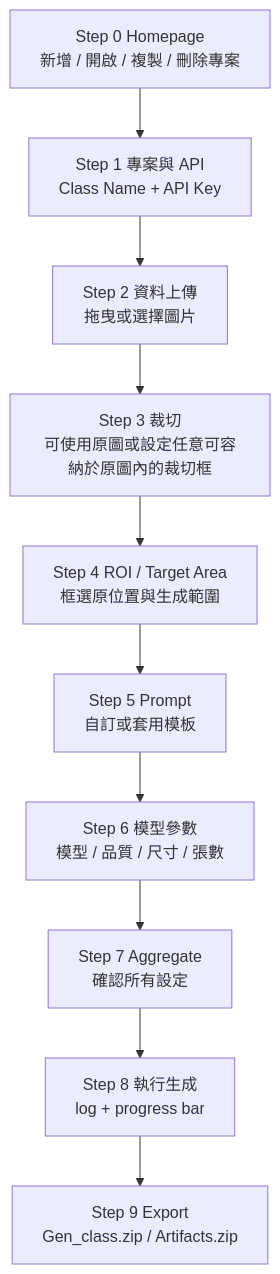
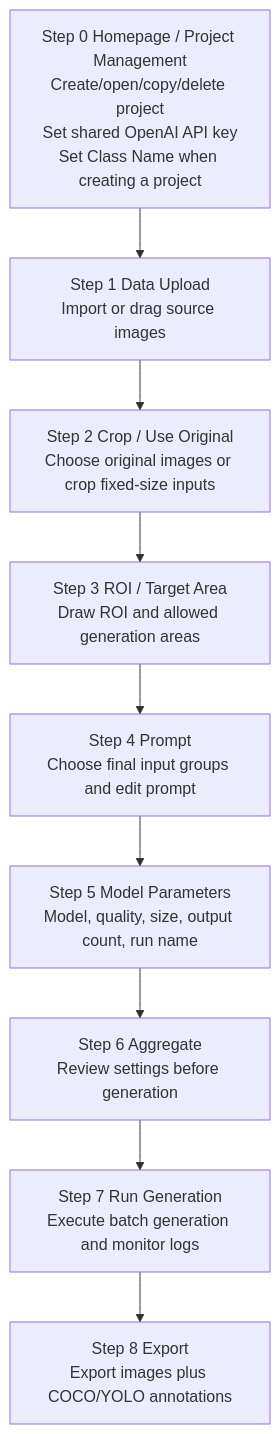
The diagram in README.md (tku411770448/GPT-GenImage-UI-Defect), drawn with Mermaid before and after one commit. The commit also changed other lines of this file and 2 other files, not shown here.

````diff
--- a/README.md
+++ b/README.md
@@ -53,12 +66,14 @@
 ```mermaid
 flowchart TD
-    A[Step 0 Homepage\n新增 / 開啟 / 複製 / 刪除專案] --> B[Step 1 專案與 API\nClass Name + API Key]
-    B --> C[Step 2 資料上傳\n拖曳或選擇圖片]
-    C --> D[Step 3 裁切\n可使用原圖或設定任意可容納於原圖內的裁切框]
-    D --> E[Step 4 ROI / Target Area\n框選原位置與生成範圍]
-    E --> F[Step 5 Prompt\n自訂或套用模板]
-    F --> G[Step 6 模型參數\n模型 / 品質 / 尺寸 / 張數]
-    G --> H[Step 7 Aggregate\n確認所有設定]
-    H --> I[Step 8 執行生成\nlog + progress bar]
-    I --> J[Step 9 Export\nGen_class.zip / Artifacts.zip]
+    A[Step 0 Homepage / Project Management\nCreate/open/copy/delete project\nSet shared OpenAI API key\nSet Class Name when creating a project]
+    B[Step 1 Data Upload\nImport or drag source images]
+    C[Step 2 Crop / Use Original\nChoose original images or crop fixed-size inputs]
+    D[Step 3 ROI / Target Area\nDraw ROI and allowed generation areas]
+    E[Step 4 Prompt\nChoose final input groups and edit prompt]
+    F[Step 5 Model Parameters\nModel, quality, size, output count, run name]
+    G[Step 6 Aggregate\nReview settings before generation]
+    H[Step 7 Run Generation\nExecute batch generation and monitor logs]
+    I[Step 8 Export\nExport images plus COCO/YOLO annotations]
+
+    A --> B --> C --> D --> E --> F --> G --> H --> I
 ```
````
